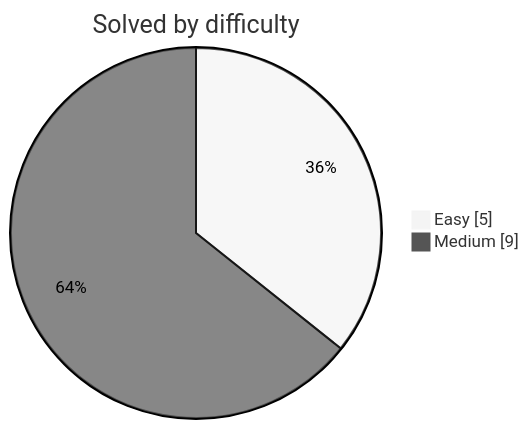
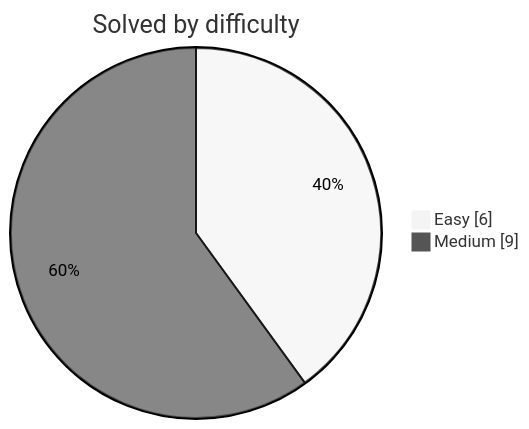
One commit to DwijeshD/leetcode-solutions changed the diagram in README.md. Above: the diagram before and after it, drawn with Mermaid (neutral theme). The commit also changed other lines of this file and 2 other files, not shown here.

````diff
--- a/README.md
+++ b/README.md
@@ -31,6 +31,6 @@
 ```mermaid
 pie showData
     title Solved by difficulty
-    "Easy" : 5
+    "Easy" : 6
     "Medium" : 9
 ```
````
